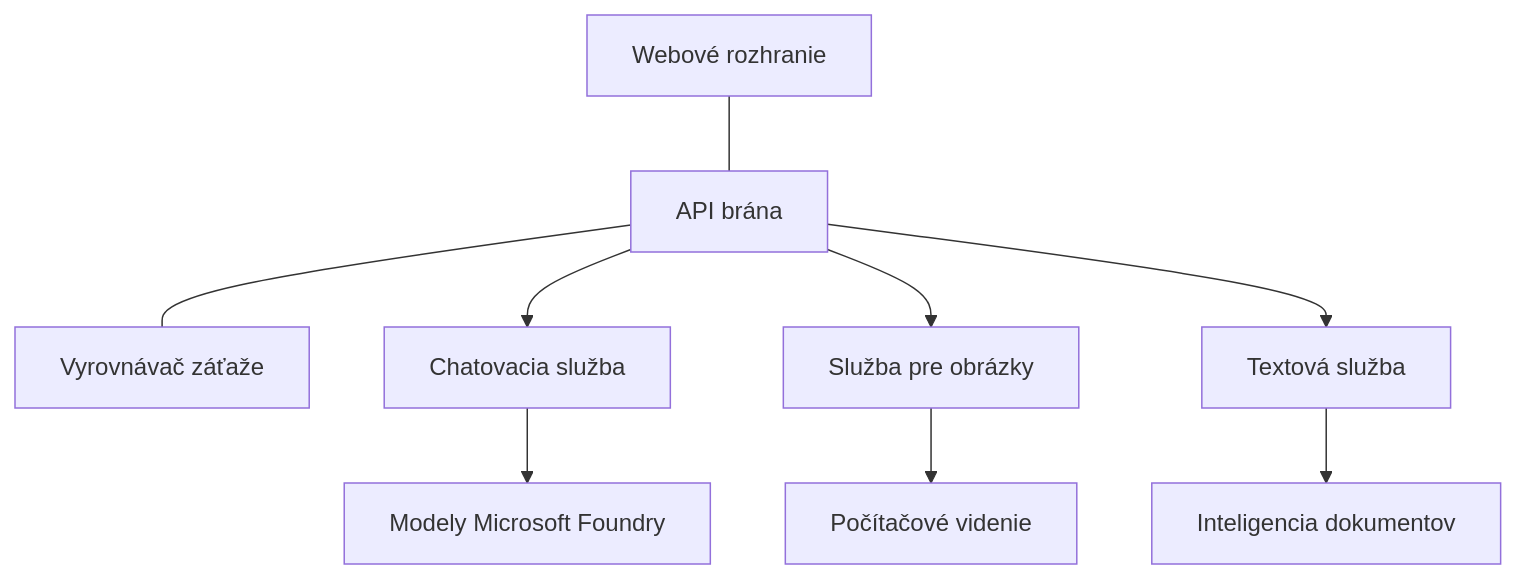
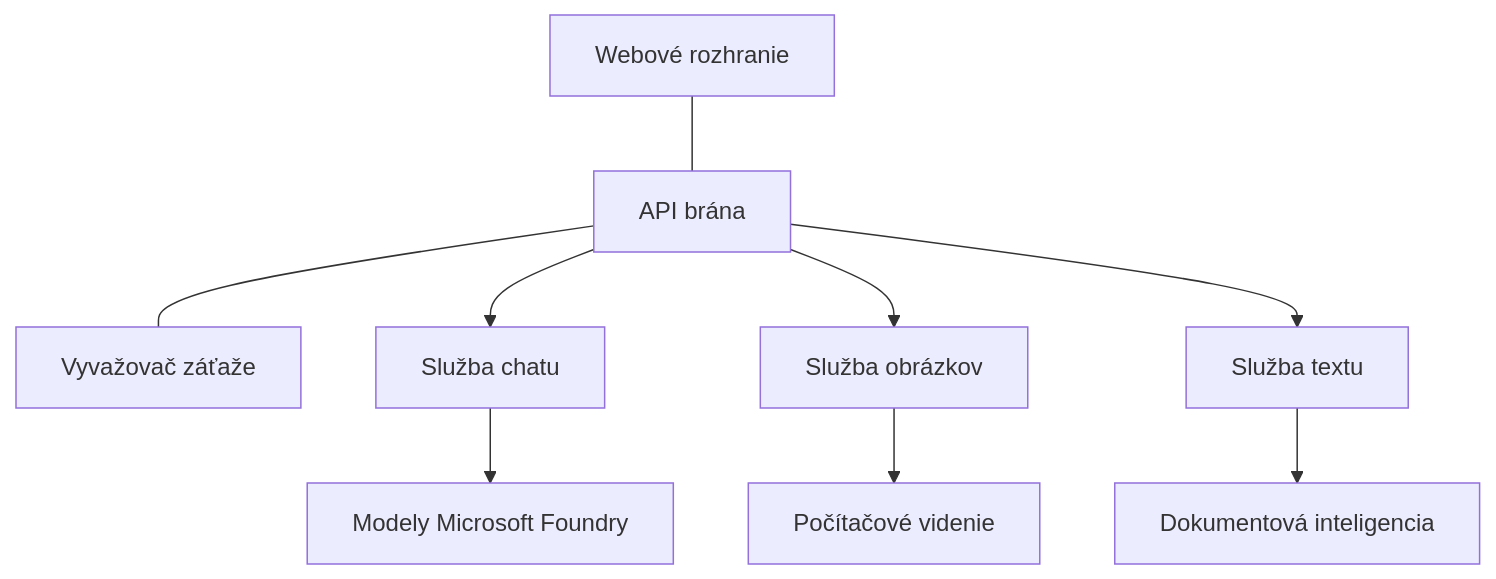
One commit to microsoft/AZD-for-beginners changed the diagram in translations/sk/docs/chapter-08-production/production-ai-practices.md. Above: the diagram before and after it, drawn with Mermaid. The commit also changed other lines of this file and 101 other files, not shown here.

````diff
--- a/translations/sk/docs/chapter-08-production/production-ai-practices.md
+++ b/translations/sk/docs/chapter-08-production/production-ai-practices.md
@@ -30,10 +30,10 @@
 ```mermaid
 graph TD
-    Frontend[Webové rozhranie] --- Gateway[API brána] --- LB[Vyrovnávač záťaže]
-    Gateway --> Chat[Chatovacia služba]
-    Gateway --> Image[Služba pre obrázky]
-    Gateway --> Text[Textová služba]
+    Frontend[Webové rozhranie] --- Gateway[API brána] --- LB[Vyvažovač záťaže]
+    Gateway --> Chat[Služba chatu]
+    Gateway --> Image[Služba obrázkov]
+    Gateway --> Text[Služba textu]
     Chat --> OpenAI[Modely Microsoft Foundry]
     Image --> Vision[Počítačové videnie]
-    Text --> DocIntel[Inteligencia dokumentov]
+    Text --> DocIntel[Dokumentová inteligencia]
 ```
````
